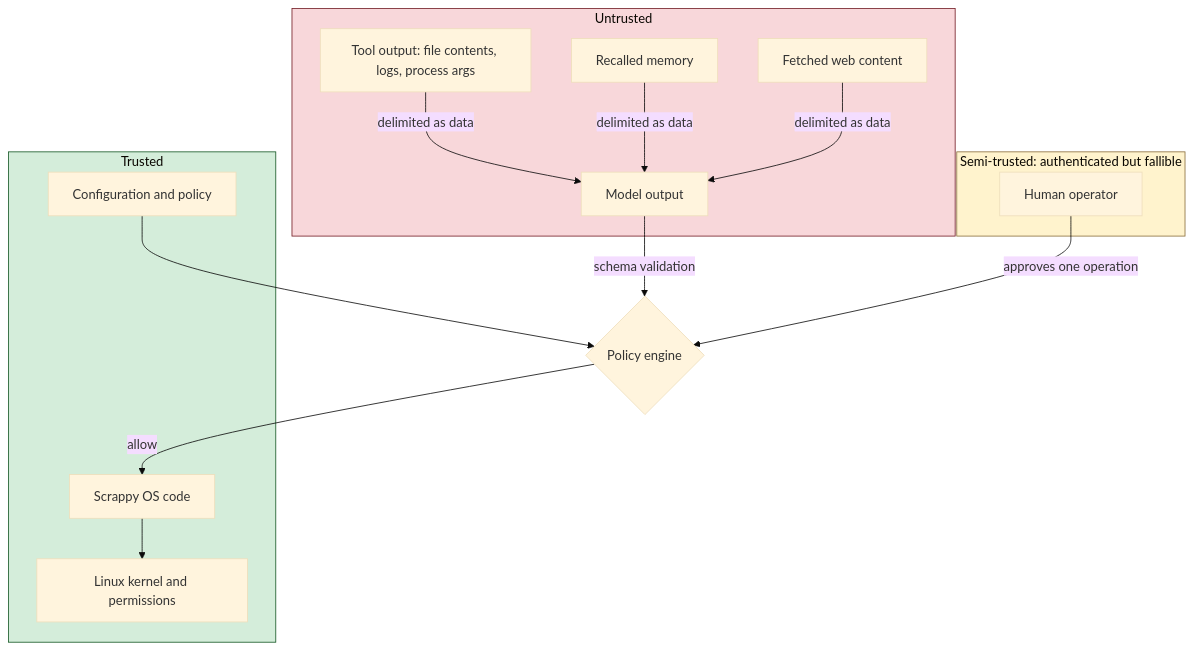
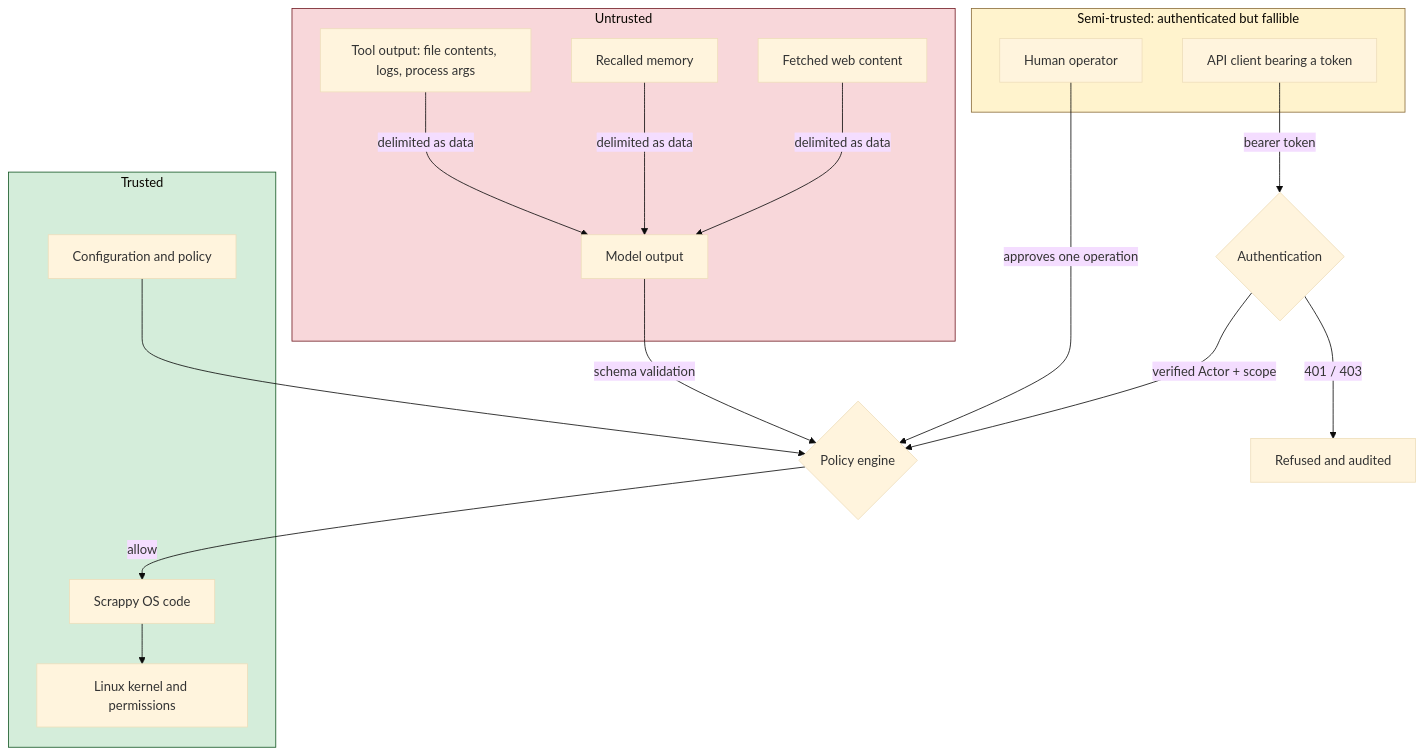
The diagram in docs/SECURITY.md (getkcoin-alt/-scrappy-os), drawn with Mermaid (base theme) before and after one commit. The commit also changed other lines of this file and 6 other files, not shown here.

````diff
--- a/docs/SECURITY.md
+++ b/docs/SECURITY.md
@@ -19,32 +19,36 @@
 ```mermaid
 flowchart TB
     subgraph UNTRUSTED["Untrusted"]
         MODEL[Model output]
         TOOLOUT[Tool output: file contents, logs, process args]
         MEM[Recalled memory]
         HTTP[Fetched web content]
     end
 
     subgraph SEMI["Semi-trusted: authenticated but fallible"]
         HUMAN[Human operator]
+        APICLIENT[API client bearing a token]
     end
 
     subgraph TRUSTED["Trusted"]
         CFG[Configuration and policy]
         CODE[Scrappy OS code]
         OS[Linux kernel and permissions]
     end
 
     MODEL -->|schema validation| GATE{Policy engine}
     TOOLOUT -->|delimited as data| MODEL
     MEM -->|delimited as data| MODEL
     HTTP -->|delimited as data| MODEL
     HUMAN -->|approves one operation| GATE
+    APICLIENT -->|bearer token| AUTH{Authentication}
+    AUTH -->|verified Actor + scope| GATE
+    AUTH -->|401 / 403| REJECT[Refused and audited]
     CFG --> GATE
     GATE -->|allow| CODE
     CODE --> OS
 
     style UNTRUSTED fill:#f8d7da,stroke:#721c24
     style SEMI fill:#fff3cd,stroke:#8a6d3b
     style TRUSTED fill:#d4edda,stroke:#155724
 ```
````
